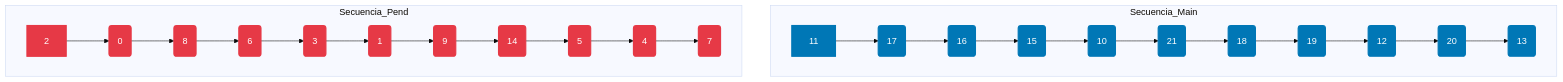
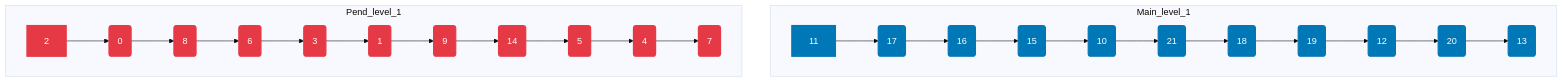
One commit to luismiguelcasadodiaz/CPP_09 changed the sixth of 7 diagrams in ford.md. Above: the diagram before and after it, drawn with Mermaid (base theme). The commit also changed other lines of this file, not shown here.

Commit message:
Refactor mermaid graphs and subgraph names

````diff
--- a/ford.md
+++ b/ford.md
@@ -109,38 +109,38 @@
 ```mermaid
 graph TD
-    subgraph Secuencia_Main
+    subgraph Main_level_1
         M1[11] --> M2(17)
         M2 --> M3(16)
         M3 --> M4(15)
         M4 --> M5(10)
         M5 --> M6(21)
         M6 --> M7(18)
         M7 --> M8(19)
         M8 --> M9(12)
         M9 --> M10(20)
         M10 --> M11(13)
     end
     
-    subgraph Secuencia_Pend
+    subgraph Pend_level_1
         P1[2] --> P2(0)
         P2 --> P3(8)
         P3 --> P4(6)
         P4 --> P5(3)
         P5 --> P6(1)
         P6 --> P7(9)
         P7 --> P8(14)
         P8 --> P9(5)
         P9 --> P10(4)
         P10 --> P11(7)
     end
 
     %% Definición de Estilos (Clases)
     classDef mainStyle fill:#0077b6,stroke:#0077b6,stroke-width:2px,color:white
     classDef pendStyle fill:#e63946,stroke:#e63946,stroke-width:2px,color:white
 
     %% Aplicación de Estilos a los Nodos de Main
     class M1,M2,M3,M4,M5,M6,M7,M8,M9,M10,M11 mainStyle
 
     %% Aplicación de Estilos a los Nodos de Pend
     class P1,P2,P3,P4,P5,P6,P7,P8,P9,P10,P11 pendStyle
 ```
````
